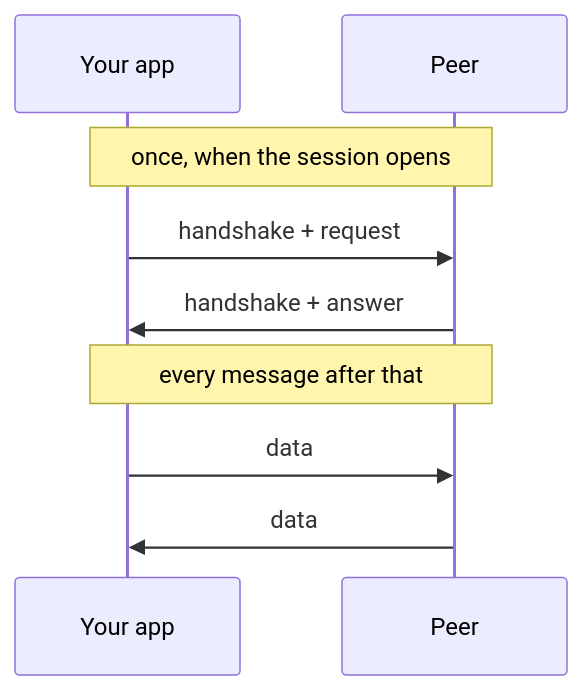
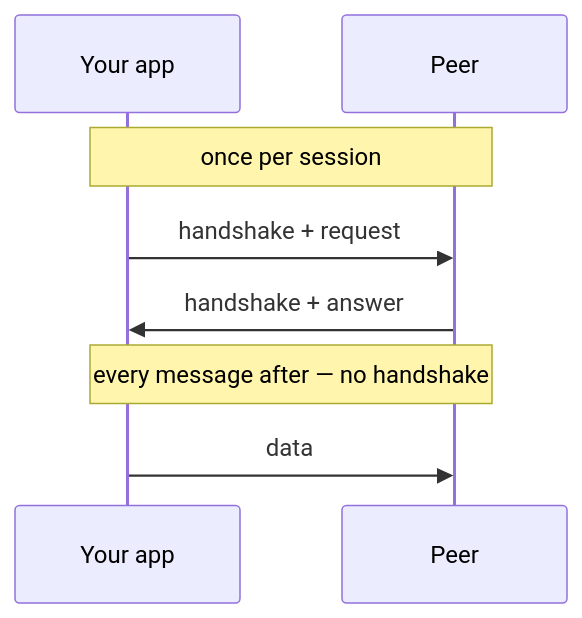
Before and after one commit to YounghyeonPark/fectp: the first of 5 diagrams in README.md, drawn with Mermaid.

Commit message:
README: trim the handshake diagram so its frame fits it
GitHub sized the six-row version at 222px and clipped it. One trailing
data message makes the same point in a frame that fits.

````diff
--- a/README.md
+++ b/README.md
@@ -46,11 +46,10 @@
 ```mermaid
 sequenceDiagram
     participant A as Your app
     participant B as Peer
-    Note over A,B: once, when the session opens
+    Note over A,B: once per session
     A->>B: handshake + request
     B->>A: handshake + answer
-    Note over A,B: every message after that
+    Note over A,B: every message after — no handshake
     A->>B: data
-    B->>A: data
 ```
````
